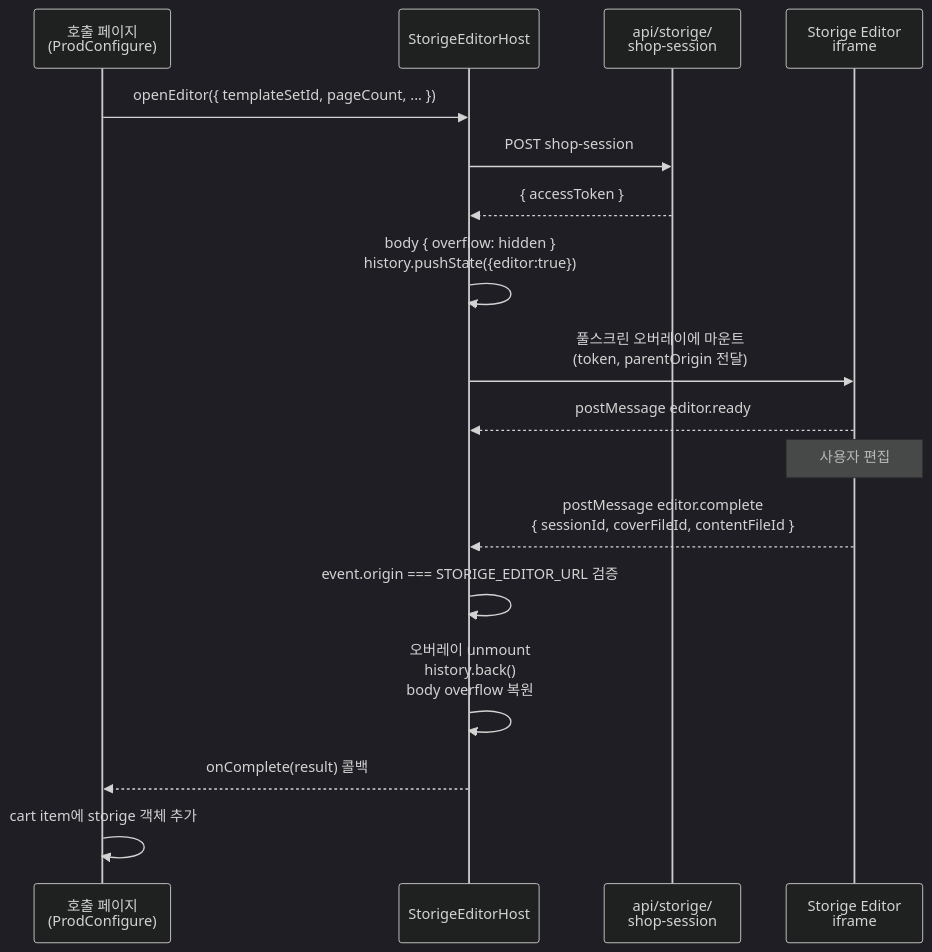
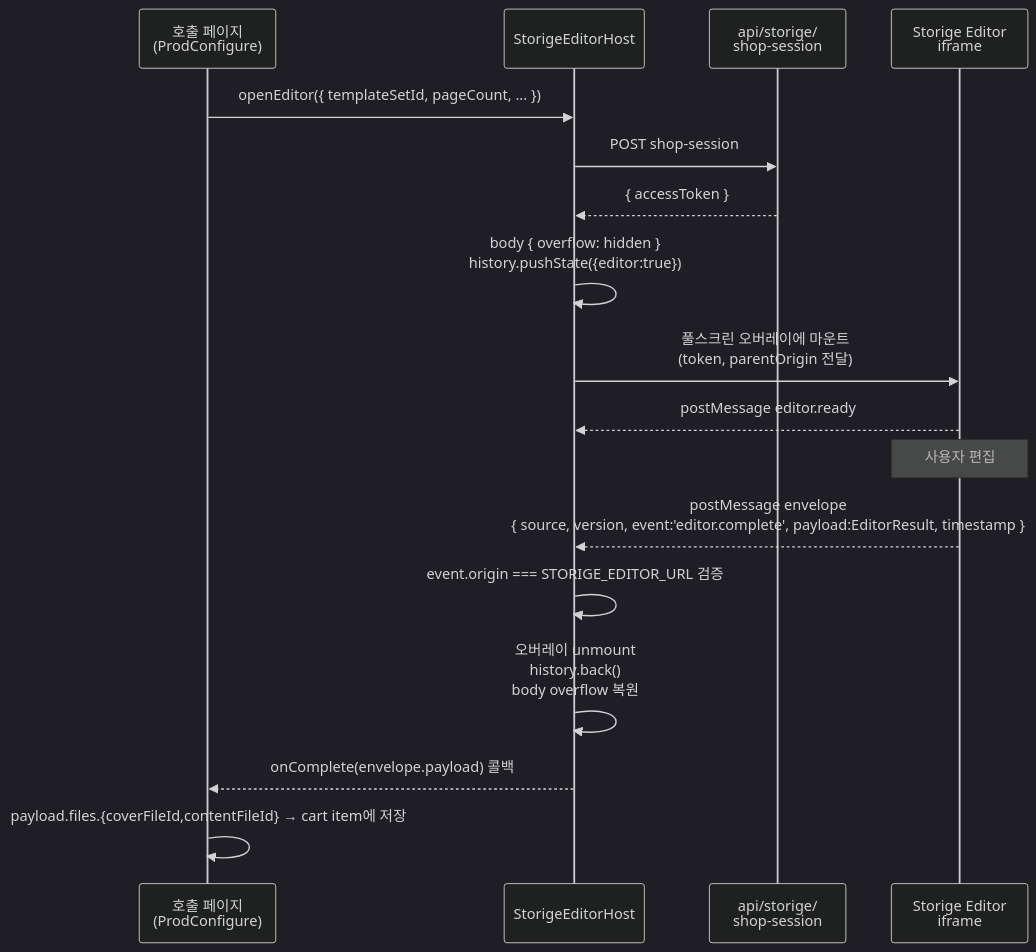
The eighth of 14 diagrams in Bookmoa_platform_Plan.md (papascompany/storige-book-editor), drawn with Mermaid (dark theme) before and after one commit. The commit also changed other lines of this file and 3 other files, not shown here.

````diff
--- a/Bookmoa_platform_Plan.md
+++ b/Bookmoa_platform_Plan.md
@@ -454,20 +454,20 @@
 ```mermaid
 sequenceDiagram
     participant Page as 호출 페이지<br/>(ProdConfigure)
     participant Host as StorigeEditorHost
     participant Adapter as api/storige/<br/>shop-session
     participant Iframe as Storige Editor<br/>iframe
 
     Page->>Host: openEditor({ templateSetId, pageCount, ... })
     Host->>Adapter: POST shop-session
     Adapter-->>Host: { accessToken }
     Host->>Host: body { overflow: hidden }<br/>history.pushState({editor:true})
     Host->>Iframe: 풀스크린 오버레이에 마운트<br/>(token, parentOrigin 전달)
     Iframe-->>Host: postMessage editor.ready
     Note over Iframe: 사용자 편집
-    Iframe-->>Host: postMessage editor.complete<br/>{ sessionId, coverFileId, contentFileId }
+    Iframe-->>Host: postMessage envelope<br/>{ source, version, event:'editor.complete', payload:EditorResult, timestamp }
     Host->>Host: event.origin === STORIGE_EDITOR_URL 검증
     Host->>Host: 오버레이 unmount<br/>history.back()<br/>body overflow 복원
-    Host-->>Page: onComplete(result) 콜백
-    Page->>Page: cart item에 storige 객체 추가
+    Host-->>Page: onComplete(envelope.payload) 콜백
+    Page->>Page: payload.files.{coverFileId,contentFileId} → cart item에 저장
 ```
````
